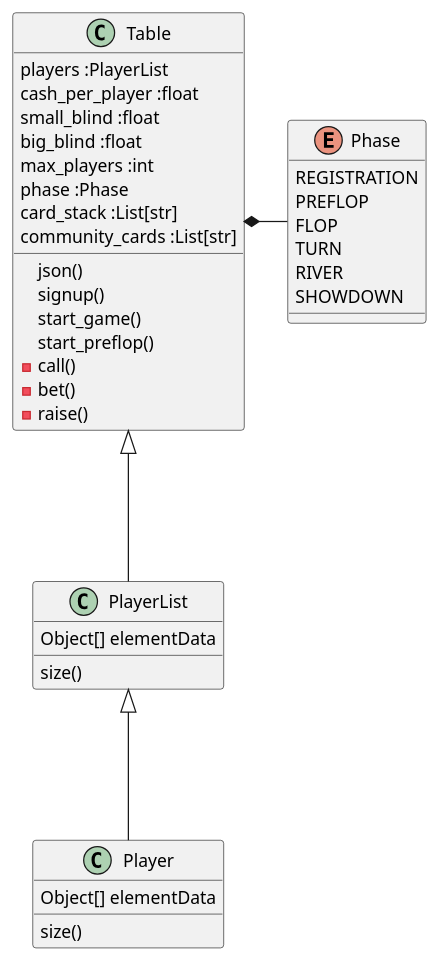
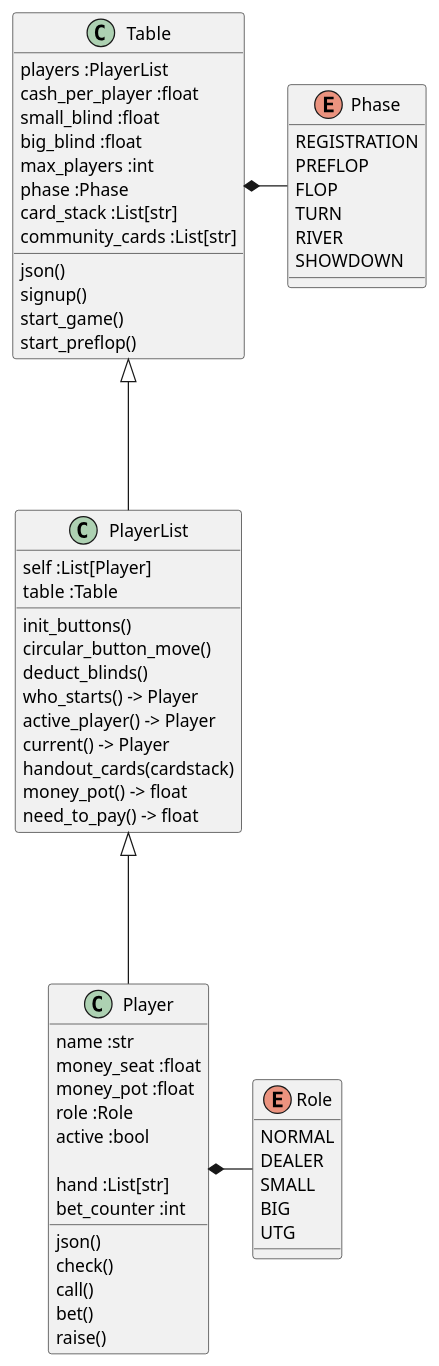
Before and after one commit to codepals-org/poker: the diagram in backend/docs/class-diagram.puml, drawn with PlantUML.

Commit message:
documentation

```diff
--- a/backend/docs/class-diagram.puml
+++ b/backend/docs/class-diagram.puml
@@ -1,44 +1,71 @@
 @startuml
 
 Table <|--- PlayerList
 Table *- Phase
 PlayerList <|--- Player
+Player *- Role
 
 enum Phase {
   REGISTRATION
   PREFLOP
   FLOP
   TURN
   RIVER
   SHOWDOWN
 }
 
 class Table {
   players :PlayerList
   cash_per_player :float
   small_blind :float
   big_blind :float
   max_players :int
   phase :Phase
   card_stack :List[str]
   community_cards :List[str]
   json()
   signup()
   start_game()
   start_preflop()
-  -call()
-  -bet() 
-  -raise()
-
 }
 
 class PlayerList {
-  Object[] elementData
-  size()
+  self :List[Player]
+  table :Table
+  
+  init_buttons()
+  circular_button_move()
+  deduct_blinds()
+  who_starts() -> Player
+  active_player() -> Player
+  current() -> Player
+  handout_cards(cardstack)
+  money_pot() -> float
+  need_to_pay() -> float
 }
 
 class Player {
-  Object[] elementData
-  size()
+  name :str
+  money_seat :float
+  money_pot :float
+  role :Role
+  active :bool
+
+  hand :List[str]
+  bet_counter :int
+
+  json()
+  check()
+  call()
+  bet() 
+  raise()
+}
+
+enum Role {
+  NORMAL
+  DEALER
+  SMALL
+  BIG
+  UTG
 }
 @enduml
```
